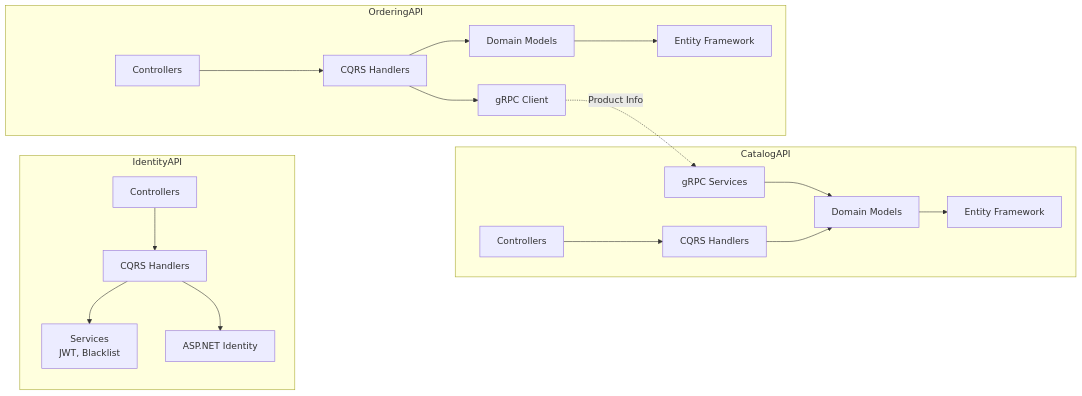
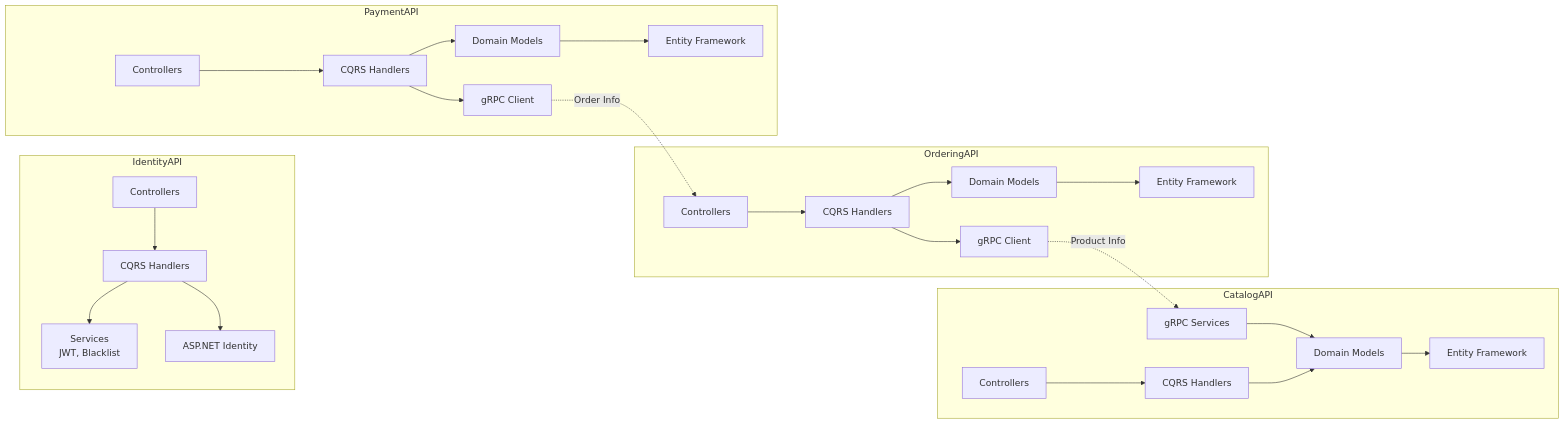
The second of 10 diagrams in docs/architecture.md (gndev-vn/DDDSample), drawn with Mermaid before and after one commit. The commit also changed other lines of this file and 46 other files, not shown here.

Commit message:
Add PaymentAPI to the solution

````diff
--- a/docs/architecture.md
+++ b/docs/architecture.md
@@ -54,41 +62,55 @@
 ```mermaid
 graph LR
     subgraph "IdentityAPI"
         IA_Controller[Controllers]
         IA_Handler[CQRS Handlers]
         IA_Service[Services<br/>JWT, Blacklist]
         IA_Identity[ASP.NET Identity]
         
         IA_Controller --> IA_Handler
         IA_Handler --> IA_Service
         IA_Handler --> IA_Identity
     end
 
     subgraph "CatalogAPI"
         CA_Controller[Controllers]
         CA_Handler[CQRS Handlers]
         CA_Domain[Domain Models]
         CA_EF[Entity Framework]
         CA_gRPC[gRPC Services]
         
         CA_Controller --> CA_Handler
         CA_Handler --> CA_Domain
         CA_Domain --> CA_EF
         CA_gRPC --> CA_Domain
     end
 
     subgraph "OrderingAPI"
         OA_Controller[Controllers]
         OA_Handler[CQRS Handlers]
         OA_Domain[Domain Models]
         OA_EF[Entity Framework]
         OA_gRPC_Client[gRPC Client]
         
         OA_Controller --> OA_Handler
         OA_Handler --> OA_Domain
         OA_Domain --> OA_EF
         OA_Handler --> OA_gRPC_Client
     end
 
+    subgraph "PaymentAPI"
+        PA_Controller[Controllers]
+        PA_Handler[CQRS Handlers]
+        PA_Domain[Domain Models]
+        PA_EF[Entity Framework]
+        PA_gRPC_Client[gRPC Client]
+
+        PA_Controller --> PA_Handler
+        PA_Handler --> PA_Domain
+        PA_Domain --> PA_EF
+        PA_Handler --> PA_gRPC_Client
+    end
+
     OA_gRPC_Client -.->|Product Info| CA_gRPC
+    PA_gRPC_Client -.->|Order Info| OA_Controller
 ```
````
